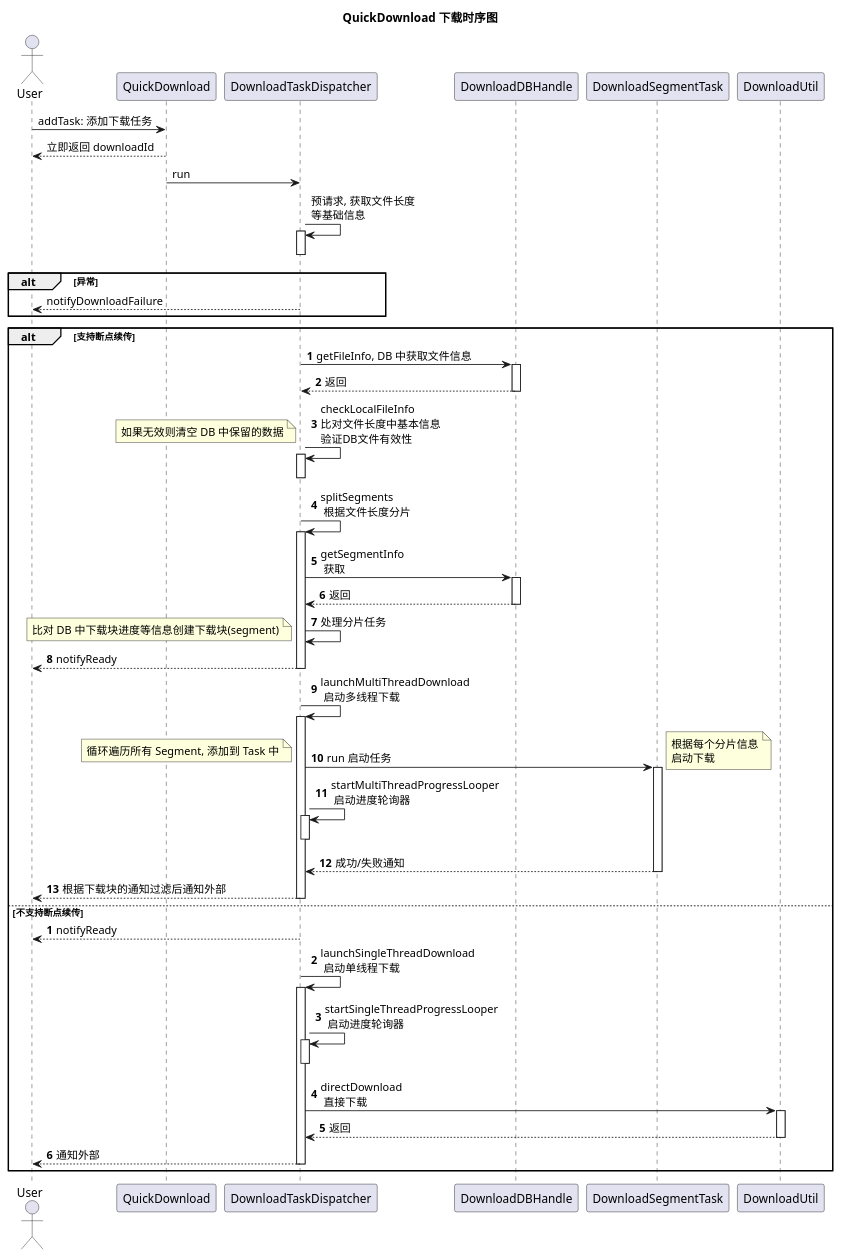
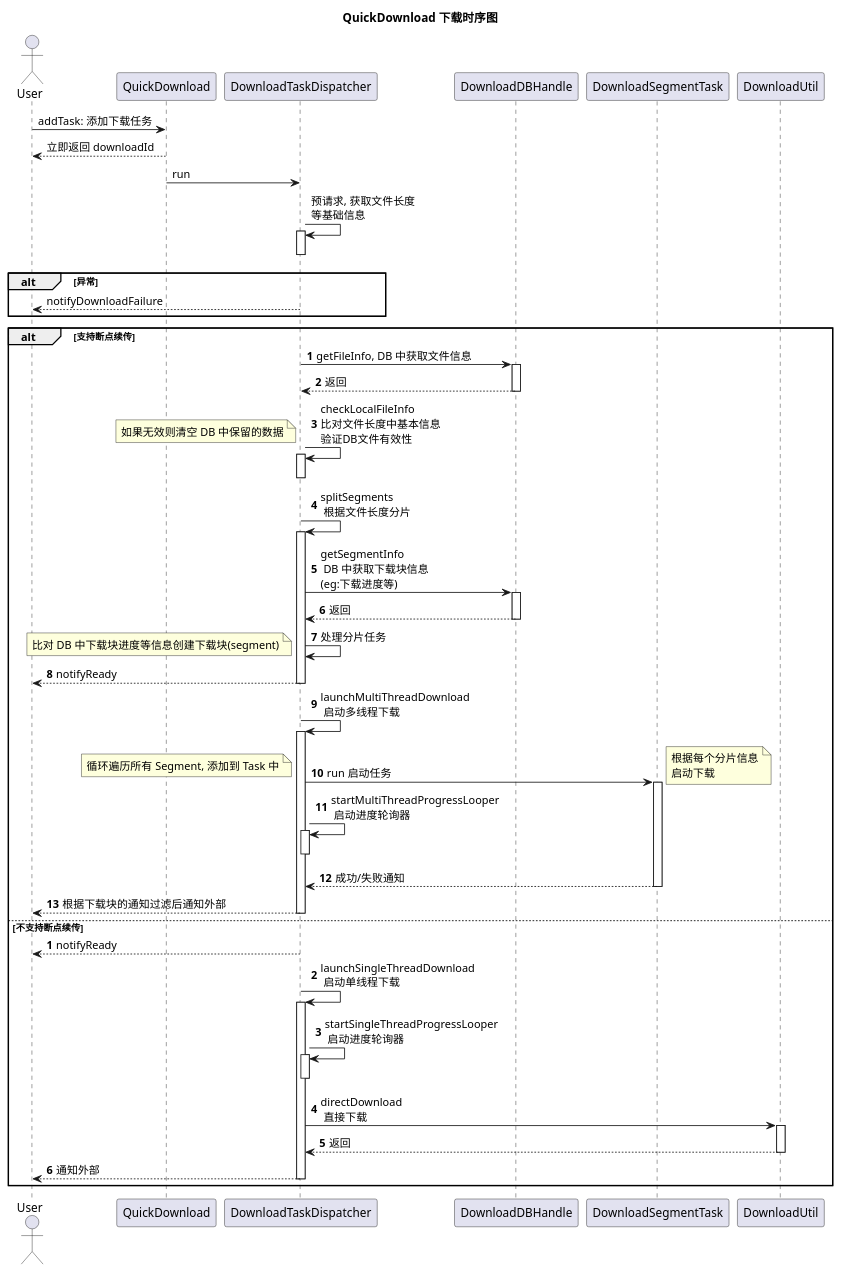
The diagram in doc/时序图.puml (changer0/QuickDownload), drawn with PlantUML before and after one commit. The commit also changed 1 other file, not shown here.

```diff
--- a/doc/时序图.puml
+++ b/doc/时序图.puml
@@ -1,54 +1,54 @@
 @startuml
 'https://plantuml.com/sequence-diagram
 
 title: QuickDownload 下载时序图
 
 actor User
 
 User -> QuickDownload: addTask: 添加下载任务
 User <-- QuickDownload: 立即返回 downloadId
 QuickDownload -> DownloadTaskDispatcher : run
 DownloadTaskDispatcher -> DownloadTaskDispatcher ++--: 预请求, 获取文件长度\n等基础信息
 
 alt 异常
 User <-- DownloadTaskDispatcher: notifyDownloadFailure
 end
 
 alt 支持断点续传
 
 autonumber
 
 DownloadTaskDispatcher -> DownloadDBHandle ++ : getFileInfo, DB 中获取文件信息
 DownloadTaskDispatcher <-- DownloadDBHandle -- : 返回
 DownloadTaskDispatcher -> DownloadTaskDispatcher ++--: checkLocalFileInfo \n比对文件长度中基本信息\n验证DB文件有效性
 note left: 如果无效则清空 DB 中保留的数据
 DownloadTaskDispatcher -> DownloadTaskDispatcher ++ : splitSegments \n 根据文件长度分片
-DownloadTaskDispatcher -> DownloadDBHandle ++ : getSegmentInfo \n 获取
+DownloadTaskDispatcher -> DownloadDBHandle ++ : getSegmentInfo \n DB 中获取下载块信息\n(eg:下载进度等)
 DownloadTaskDispatcher <-- DownloadDBHandle -- : 返回
 DownloadTaskDispatcher -> DownloadTaskDispatcher: 处理分片任务
 note left: 比对 DB 中下载块进度等信息创建下载块(segment)
 User <-- DownloadTaskDispatcher -- : notifyReady
 
 DownloadTaskDispatcher -> DownloadTaskDispatcher ++ : launchMultiThreadDownload \n 启动多线程下载
 DownloadTaskDispatcher -> DownloadSegmentTask ++ : run 启动任务
 note left: 循环遍历所有 Segment, 添加到 Task 中
 note right: 根据每个分片信息\n启动下载
 DownloadTaskDispatcher -> DownloadTaskDispatcher ++-- : startMultiThreadProgressLooper \n 启动进度轮询器
 DownloadTaskDispatcher <-- DownloadSegmentTask -- : 成功/失败通知
 User <-- DownloadTaskDispatcher -- : 根据下载块的通知过滤后通知外部
 
 else 不支持断点续传
 
 autonumber
 
 User <-- DownloadTaskDispatcher: notifyReady
 DownloadTaskDispatcher -> DownloadTaskDispatcher ++ : launchSingleThreadDownload \n 启动单线程下载
 DownloadTaskDispatcher -> DownloadTaskDispatcher ++-- : startSingleThreadProgressLooper \n 启动进度轮询器
 DownloadTaskDispatcher -> DownloadUtil ++ : directDownload \n 直接下载
 DownloadTaskDispatcher <-- DownloadUtil -- : 返回
 User <-- DownloadTaskDispatcher -- : 通知外部
 
 end
 
 autonumber stop
 @enduml
```
